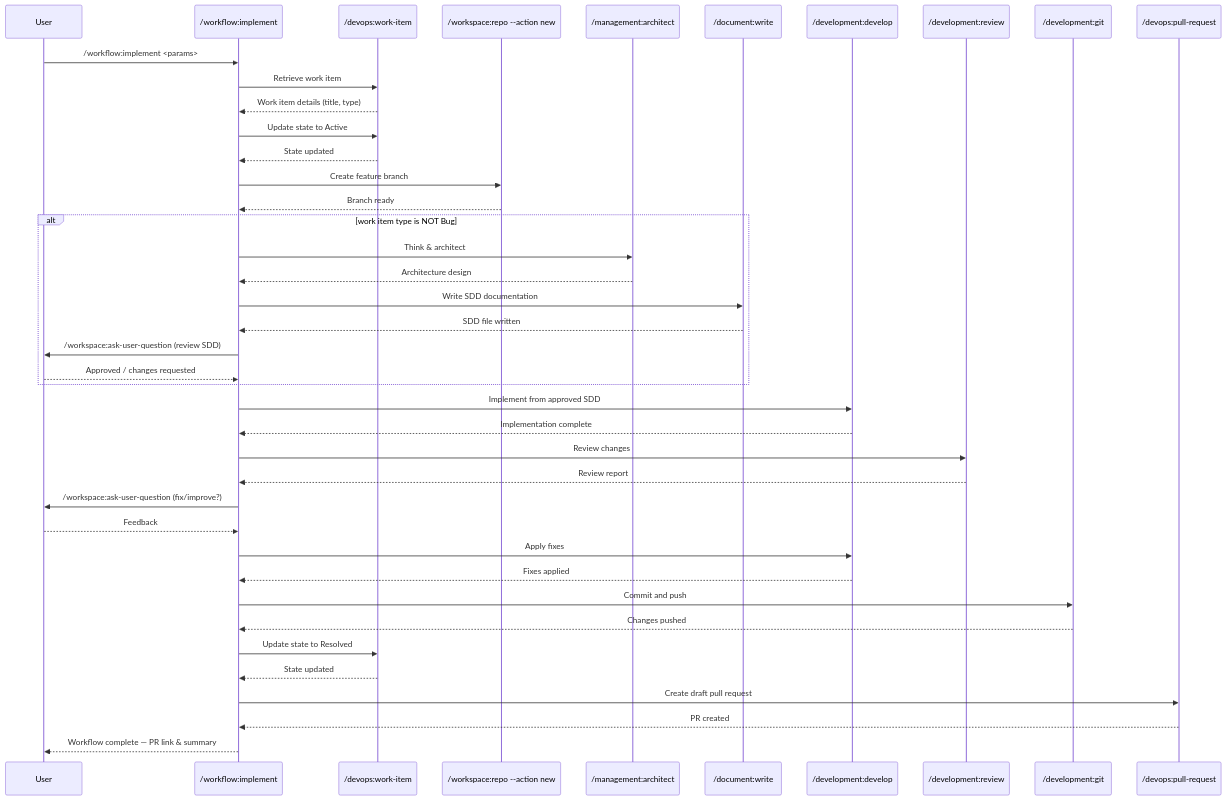
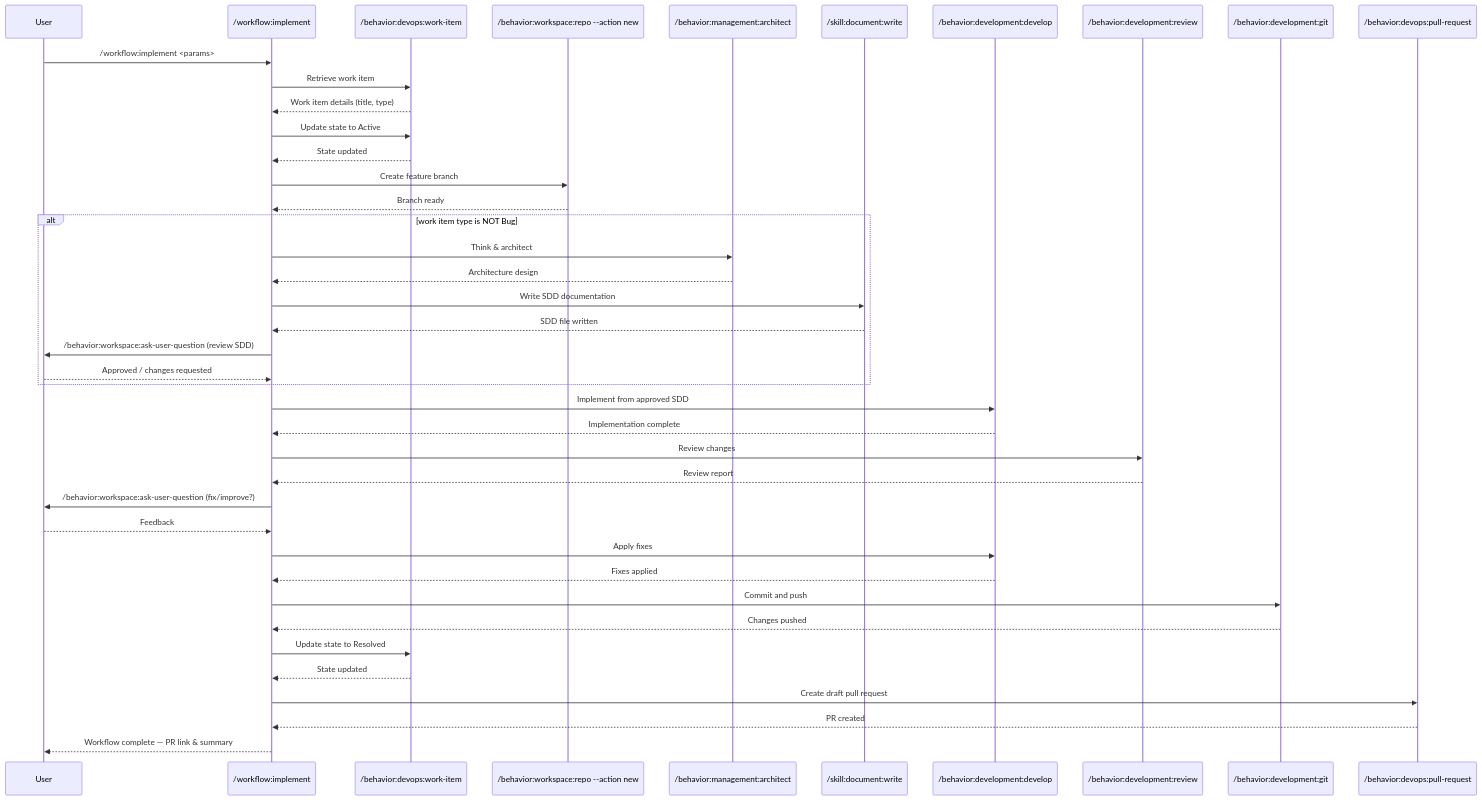
The diagram in .claude/commands/workflow/implement.md (zzaia/zzaia-agentic-workspace), drawn with Mermaid before and after one commit. The commit also changed other lines of this file and 86 other files, not shown here.

````diff
--- a/.claude/commands/workflow/implement.md
+++ b/.claude/commands/workflow/implement.md
@@ -112,54 +112,54 @@
 ```mermaid
 sequenceDiagram
     participant U as User
     participant P as /workflow:implement
-    participant WI as /devops:work-item
-    participant WN as /workspace:repo --action new
-    participant MA as /management:architect
-    participant DW as /document:write
-    participant DD as /development:develop
-    participant DR as /development:review
-    participant DG as /development:git
-    participant PR as /devops:pull-request
+    participant WI as /behavior:devops:work-item
+    participant WN as /behavior:workspace:repo --action new
+    participant MA as /behavior:management:architect
+    participant DW as /skill:document:write
+    participant DD as /behavior:development:develop
+    participant DR as /behavior:development:review
+    participant DG as /behavior:development:git
+    participant PR as /behavior:devops:pull-request
 
     U->>P: /workflow:implement <params>
 
     P->>WI: Retrieve work item
     WI-->>P: Work item details (title, type)
     P->>WI: Update state to Active
     WI-->>P: State updated
 
     P->>WN: Create feature branch
     WN-->>P: Branch ready
 
     alt work item type is NOT Bug
         P->>MA: Think & architect
         MA-->>P: Architecture design
 
         P->>DW: Write SDD documentation
         DW-->>P: SDD file written
 
-        P->>U: /workspace:ask-user-question (review SDD)
+        P->>U: /behavior:workspace:ask-user-question (review SDD)
         U-->>P: Approved / changes requested
     end
 
     P->>DD: Implement from approved SDD
     DD-->>P: Implementation complete
 
     P->>DR: Review changes
     DR-->>P: Review report
-    P->>U: /workspace:ask-user-question (fix/improve?)
+    P->>U: /behavior:workspace:ask-user-question (fix/improve?)
     U-->>P: Feedback
     P->>DD: Apply fixes
     DD-->>P: Fixes applied
 
     P->>DG: Commit and push
     DG-->>P: Changes pushed
     P->>WI: Update state to Resolved
     WI-->>P: State updated
 
     P->>PR: Create draft pull request
     PR-->>P: PR created
 
     P-->>U: Workflow complete — PR link & summary
 ```
````
